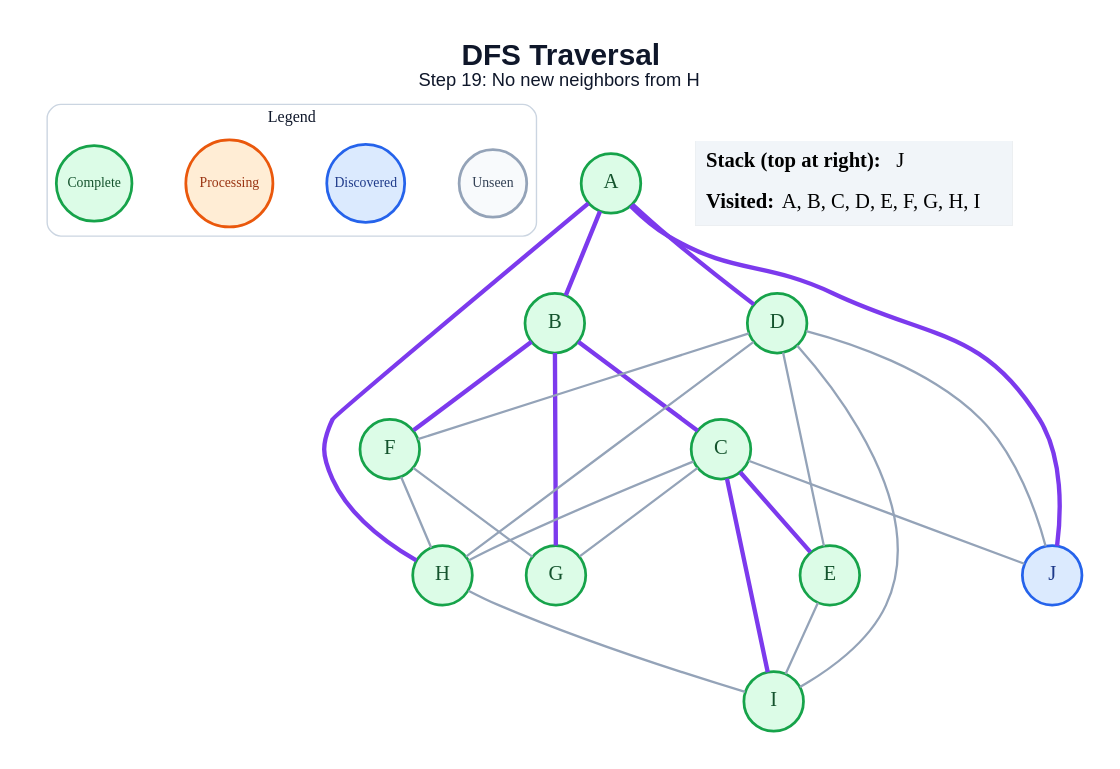
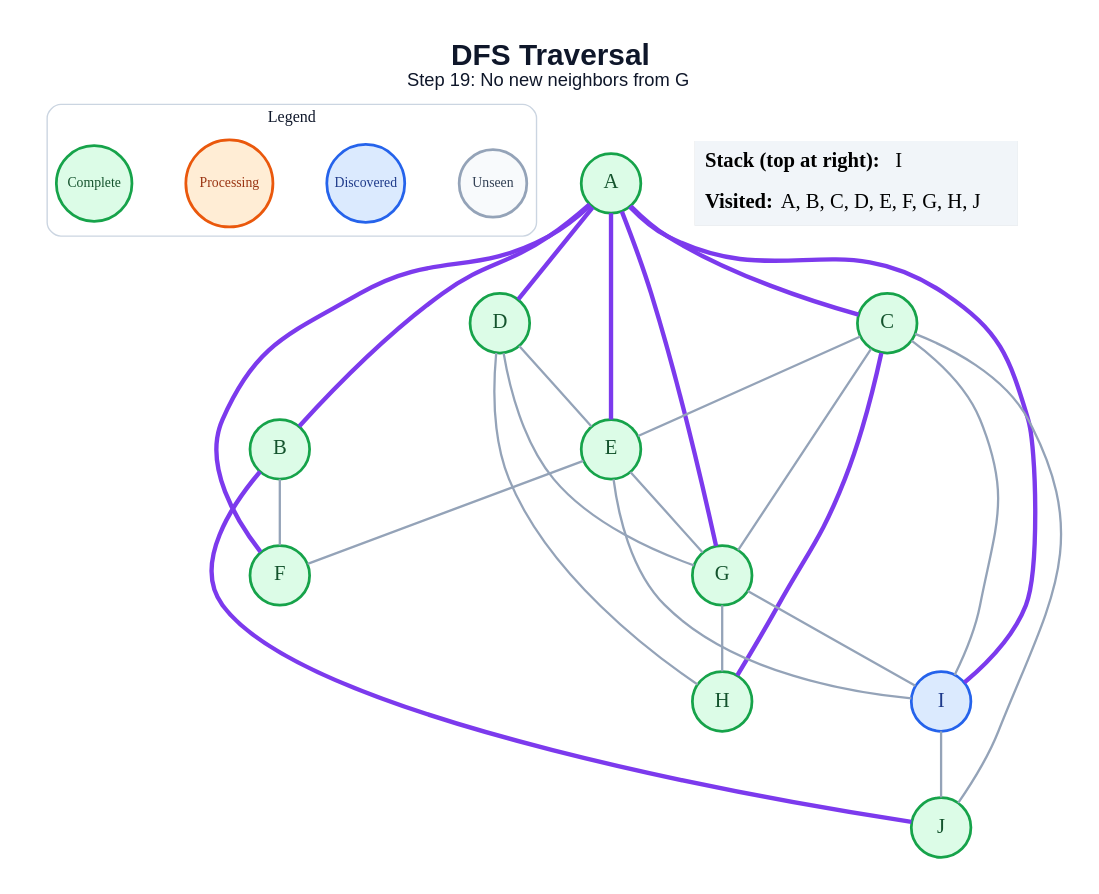
Before and after one commit to anon7238593-create/ai-slop: the diagram in generated/dfs/step_19.dot, drawn with Graphviz. The commit also changed 179 other files, not shown here.

```diff
--- a/generated/dfs/step_19.dot
+++ b/generated/dfs/step_19.dot
@@ -1,50 +1,52 @@
 graph traversal {
   graph [layout=dot, rankdir=TB, bgcolor="#FFFFFF", pad="0.35", nodesep="0.65", ranksep="0.8", fontname="Arial"];
   node [shape=circle, style="filled", fontname="Arial Bold", fontsize=18, width=0.72, fixedsize=true, penwidth=2.4];
   edge [color="#94A3B8", penwidth=2.0];
-  label=<<B>DFS Traversal</B><BR/><FONT POINT-SIZE="16">Step 19: No new neighbors from H</FONT>>; labelloc="t"; fontsize=26; fontname="Arial"; fontcolor="#0F172A";
+  label=<<B>DFS Traversal</B><BR/><FONT POINT-SIZE="16">Step 19: No new neighbors from G</FONT>>; labelloc="t"; fontsize=26; fontname="Arial"; fontcolor="#0F172A";
   subgraph cluster_legend { label="Legend"; color="#CBD5E1"; penwidth=1.2; style="rounded"; fontsize=14; fontname="Arial Bold";
     key_unseen [label="Unseen", fillcolor="#F8FAFC", color="#94A3B8", fontcolor="#334155", fontsize=12, width=0.82];
     key_frontier [label="Discovered", fillcolor="#DBEAFE", color="#2563EB", fontcolor="#1E3A8A", fontsize=12, width=0.95];
     key_current [label="Processing", fillcolor="#FFEDD5", color="#EA580C", fontcolor="#9A3412", fontsize=12, width=1.05];
     key_done [label="Complete", fillcolor="#DCFCE7", color="#16A34A", fontcolor="#14532D", fontsize=12, width=0.92];
     { rank=same; key_unseen; key_frontier; key_current; key_done; }
   }
   A [fillcolor="#DCFCE7", color="#16A34A", fontcolor="#14532D"];
   B [fillcolor="#DCFCE7", color="#16A34A", fontcolor="#14532D"];
   C [fillcolor="#DCFCE7", color="#16A34A", fontcolor="#14532D"];
   D [fillcolor="#DCFCE7", color="#16A34A", fontcolor="#14532D"];
   E [fillcolor="#DCFCE7", color="#16A34A", fontcolor="#14532D"];
   F [fillcolor="#DCFCE7", color="#16A34A", fontcolor="#14532D"];
   G [fillcolor="#DCFCE7", color="#16A34A", fontcolor="#14532D"];
   H [fillcolor="#DCFCE7", color="#16A34A", fontcolor="#14532D"];
-  I [fillcolor="#DCFCE7", color="#16A34A", fontcolor="#14532D"];
-  J [fillcolor="#DBEAFE", color="#2563EB", fontcolor="#1E3A8A"];
+  I [fillcolor="#DBEAFE", color="#2563EB", fontcolor="#1E3A8A"];
+  J [fillcolor="#DCFCE7", color="#16A34A", fontcolor="#14532D"];
   A -- B [color="#7C3AED", penwidth=3.8];
+  A -- C [color="#7C3AED", penwidth=3.8];
   A -- D [color="#7C3AED", penwidth=3.8];
-  A -- H [color="#7C3AED", penwidth=3.8];
-  A -- J [color="#7C3AED", penwidth=3.8];
-  B -- C [color="#7C3AED", penwidth=3.8];
-  B -- F [color="#7C3AED", penwidth=3.8];
-  B -- G [color="#7C3AED", penwidth=3.8];
-  C -- E [color="#7C3AED", penwidth=3.8];
+  A -- E [color="#7C3AED", penwidth=3.8];
+  A -- F [color="#7C3AED", penwidth=3.8];
+  A -- G [color="#7C3AED", penwidth=3.8];
+  A -- I [color="#7C3AED", penwidth=3.8];
+  B -- F;
+  B -- J [color="#7C3AED", penwidth=3.8];
+  C -- E;
   C -- G;
-  C -- H;
-  C -- I [color="#7C3AED", penwidth=3.8];
+  C -- H [color="#7C3AED", penwidth=3.8];
+  C -- I;
   C -- J;
   D -- E;
-  D -- F;
+  D -- G;
   D -- H;
-  D -- I;
-  D -- J;
+  E -- F;
+  E -- G;
   E -- I;
-  F -- G;
-  F -- H;
-  H -- I;
+  G -- H;
+  G -- I;
+  I -- J;
   status [shape=plain, fixedsize=false, width=0, height=0, margin=0, label=<
     <TABLE BORDER="0" CELLBORDER="0" CELLPADDING="7" BGCOLOR="#F1F5F9">
-      <TR><TD ALIGN="LEFT"><B>Stack (top at right):</B> J</TD></TR>
-      <TR><TD ALIGN="LEFT"><B>Visited:</B> A, B, C, D, E, F, G, H, I</TD></TR>
+      <TR><TD ALIGN="LEFT"><B>Stack (top at right):</B> I</TD></TR>
+      <TR><TD ALIGN="LEFT"><B>Visited:</B> A, B, C, D, E, F, G, H, J</TD></TR>
     </TABLE>
   >];
 }
```
